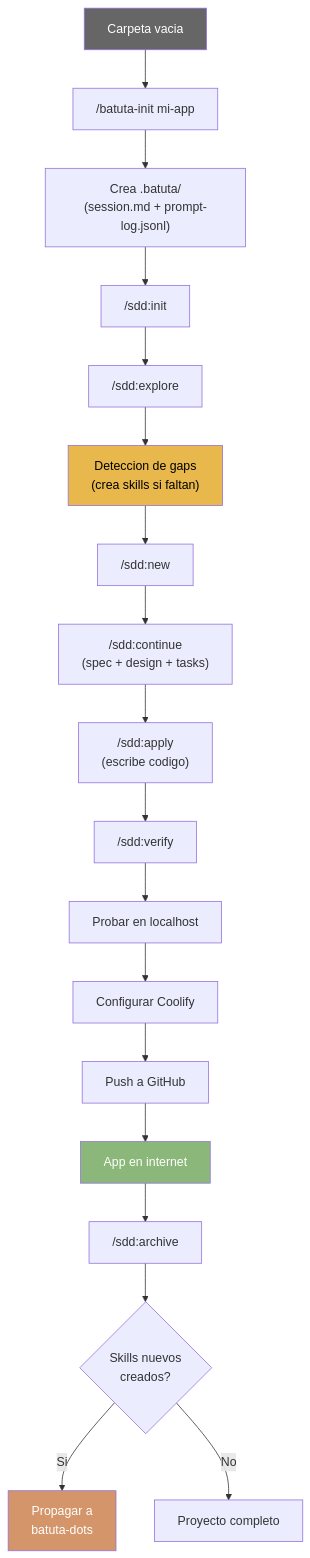
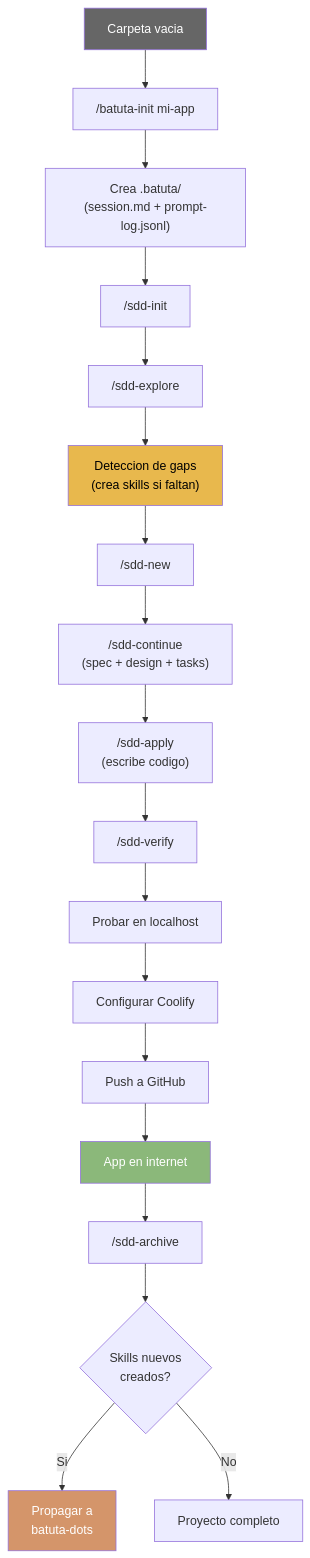
Diagram 17 of 23 in docs/architecture/arquitectura-diagrama.md (jota-batuta/batuta-dots), drawn with Mermaid before and after one commit. The commit also changed 52 other files, not shown here.

````diff
--- a/docs/architecture/arquitectura-diagrama.md
+++ b/docs/architecture/arquitectura-diagrama.md
@@ -607,32 +607,32 @@
 ```mermaid
 flowchart TD
     EMPTY["Carpeta vacia"]
     INIT_CMD["/batuta-init mi-app"]
     BATUTA_DIR["Crea .batuta/<br/>(session.md + prompt-log.jsonl)"]
-    SDD_INIT["/sdd:init"]
-    SDD_EXPLORE["/sdd:explore"]
+    SDD_INIT["/sdd-init"]
+    SDD_EXPLORE["/sdd-explore"]
     GAP["Deteccion de gaps<br/>(crea skills si faltan)"]
-    SDD_NEW["/sdd:new"]
-    SDD_CONTINUE["/sdd:continue<br/>(spec + design + tasks)"]
-    SDD_APPLY["/sdd:apply<br/>(escribe codigo)"]
-    SDD_VERIFY["/sdd:verify"]
+    SDD_NEW["/sdd-new"]
+    SDD_CONTINUE["/sdd-continue<br/>(spec + design + tasks)"]
+    SDD_APPLY["/sdd-apply<br/>(escribe codigo)"]
+    SDD_VERIFY["/sdd-verify"]
     TEST["Probar en localhost"]
     DEPLOY["Configurar Coolify"]
     PUSH["Push a GitHub"]
     LIVE["App en internet"]
-    SDD_ARCHIVE["/sdd:archive"]
+    SDD_ARCHIVE["/sdd-archive"]
     UPDATE{"Skills nuevos<br/>creados?"}
     PROPAGATE["Propagar a<br/>batuta-dots"]
 
     EMPTY --> INIT_CMD --> BATUTA_DIR --> SDD_INIT --> SDD_EXPLORE --> GAP
     GAP --> SDD_NEW --> SDD_CONTINUE --> SDD_APPLY --> SDD_VERIFY
     SDD_VERIFY --> TEST --> DEPLOY --> PUSH --> LIVE
     LIVE --> SDD_ARCHIVE --> UPDATE
     UPDATE -->|"Si"| PROPAGATE
     UPDATE -->|"No"| FIN["Proyecto completo"]
 
     style EMPTY fill:#666,color:#fff
     style LIVE fill:#8BB87A,color:#fff
     style GAP fill:#E8B84D,color:#000
     style PROPAGATE fill:#D4956A,color:#fff
 ```
````
